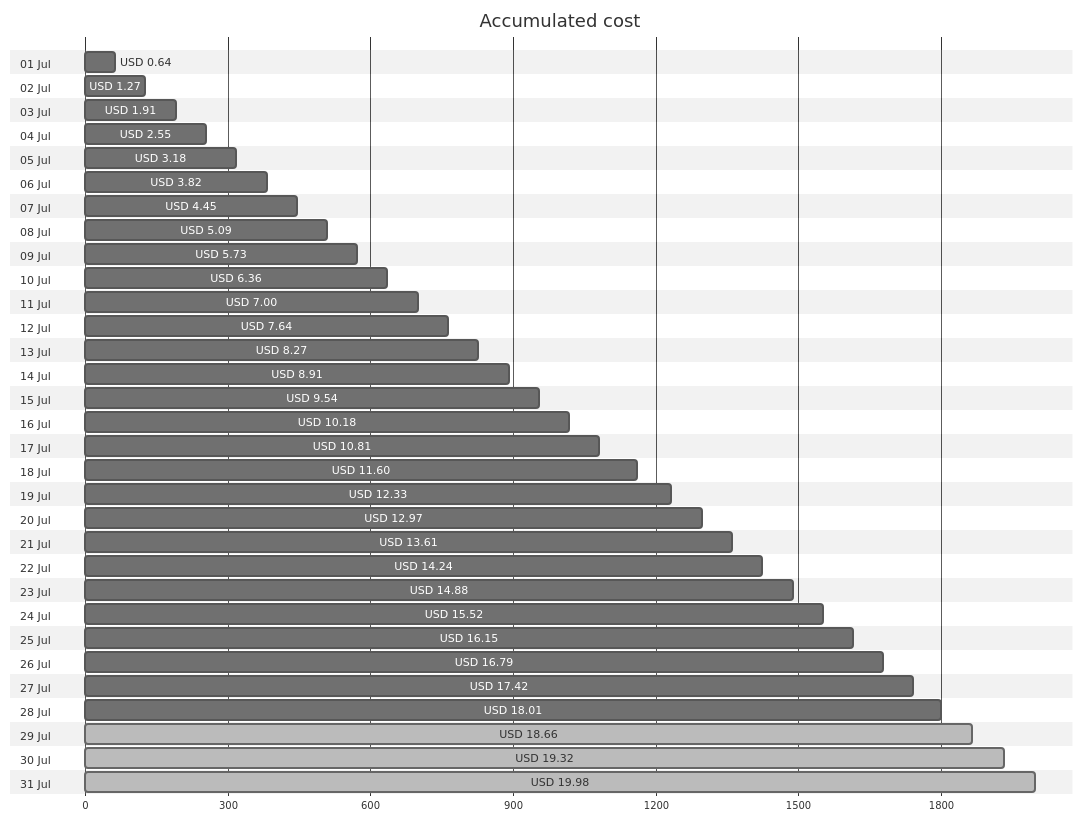
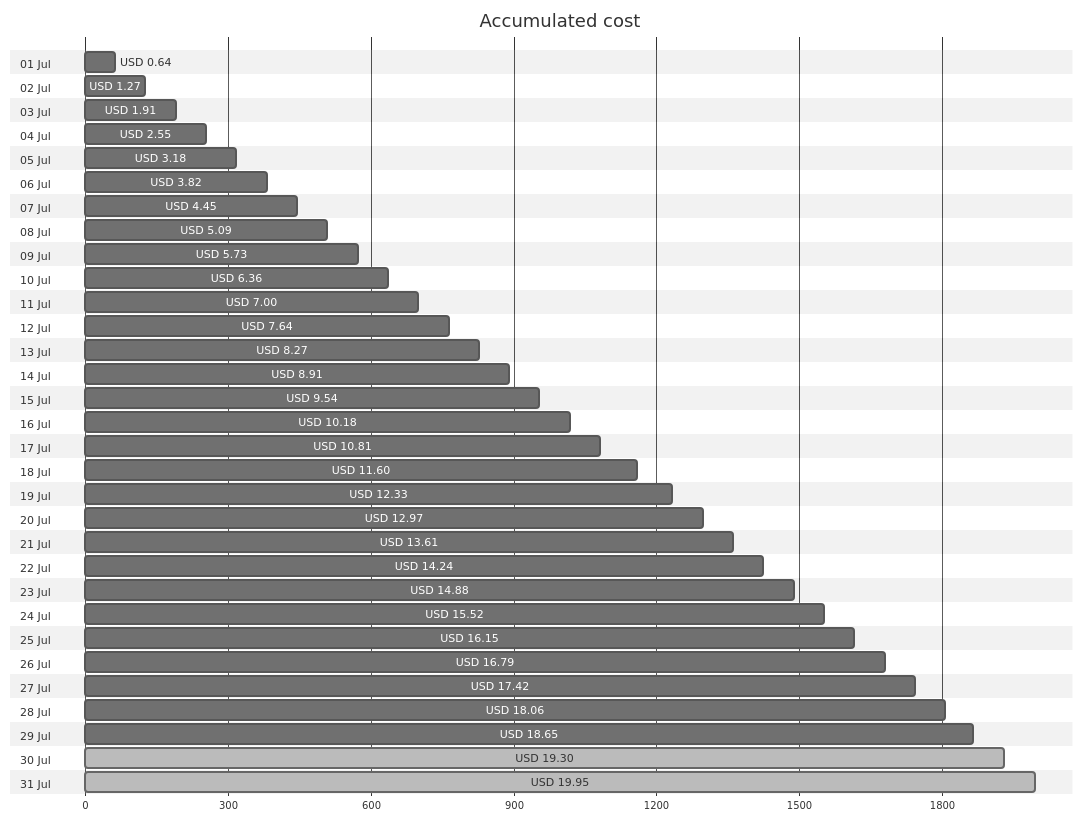
The first of 4 diagrams in cost-reports/accumulated-cost.md (jpfulton/azure-personal-reports), drawn with Mermaid (neutral theme) before and after one commit. The commit also changed other lines of this file and 4 other files, not shown here.

````diff
--- a/cost-reports/accumulated-cost.md
+++ b/cost-reports/accumulated-cost.md
@@ -20,68 +20,68 @@
 ```mermaid
 gantt
    title Accumulated cost
    dateFormat  X
    axisFormat %s
    section 01 Jul
    USD 0.64 :0, 64
    section 02 Jul
    USD 1.27 :0, 127
    section 03 Jul
    USD 1.91 :0, 191
    section 04 Jul
    USD 2.55 :0, 255
    section 05 Jul
    USD 3.18 :0, 318
    section 06 Jul
    USD 3.82 :0, 382
    section 07 Jul
    USD 4.45 :0, 445
    section 08 Jul
    USD 5.09 :0, 509
    section 09 Jul
    USD 5.73 :0, 573
    section 10 Jul
    USD 6.36 :0, 636
    section 11 Jul
    USD 7.00 :0, 700
    section 12 Jul
    USD 7.64 :0, 764
    section 13 Jul
    USD 8.27 :0, 827
    section 14 Jul
    USD 8.91 :0, 891
    section 15 Jul
    USD 9.54 :0, 954
    section 16 Jul
    USD 10.18 :0, 1018
    section 17 Jul
    USD 10.81 :0, 1081
    section 18 Jul
    USD 11.60 :0, 1160
    section 19 Jul
    USD 12.33 :0, 1233
    section 20 Jul
    USD 12.97 :0, 1297
    section 21 Jul
    USD 13.61 :0, 1361
    section 22 Jul
    USD 14.24 :0, 1424
    section 23 Jul
    USD 14.88 :0, 1488
    section 24 Jul
    USD 15.52 :0, 1552
    section 25 Jul
    USD 16.15 :0, 1615
    section 26 Jul
    USD 16.79 :0, 1679
    section 27 Jul
    USD 17.42 :0, 1742
    section 28 Jul
-   USD 18.01 :0, 1801
+   USD 18.06 :0, 1806
    section 29 Jul
-   USD 18.66 : done, 0, 1866
+   USD 18.65 :0, 1865
    section 30 Jul
-   USD 19.32 : done, 0, 1932
+   USD 19.30 : done, 0, 1930
    section 31 Jul
-   USD 19.98 : done, 0, 1998
+   USD 19.95 : done, 0, 1995
 ```
````
